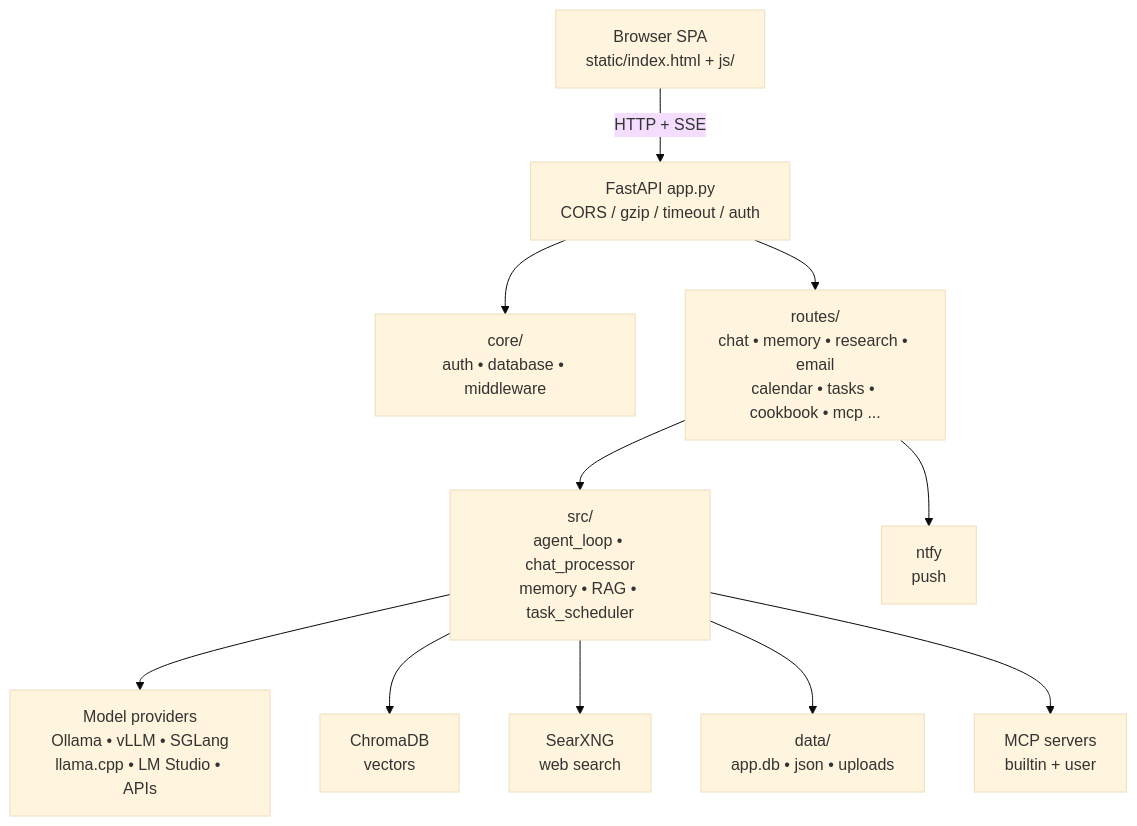
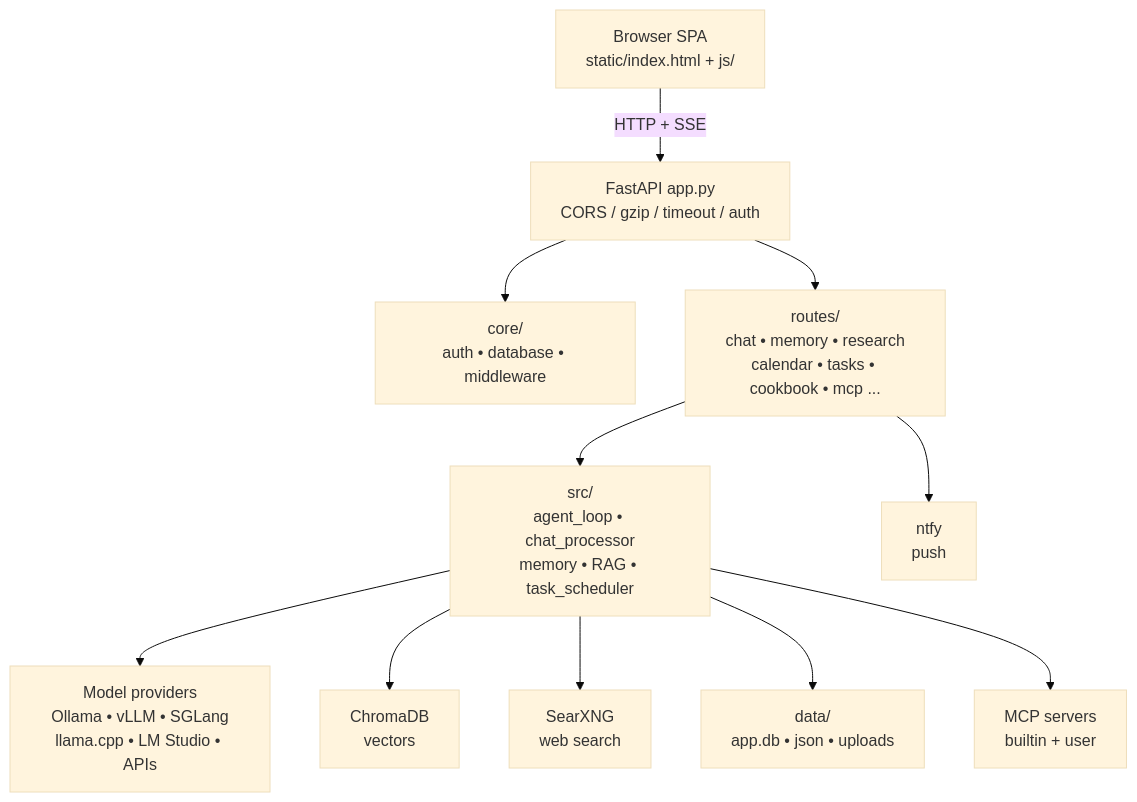
One commit to yash-dev007/Zephyrus changed the first of 3 diagrams in README.md. Above: the diagram before and after it, drawn with Mermaid (base theme). The commit also changed other lines of this file and 194 other files, not shown here.

````diff
--- a/README.md
+++ b/README.md
@@ -129,13 +128,13 @@
 ```mermaid
 flowchart TB
   Browser["Browser SPA<br/>static/index.html + js/"] -->|HTTP + SSE| App["FastAPI app.py<br/>CORS / gzip / timeout / auth"]
   App --> Core["core/<br/>auth • database • middleware"]
-  App --> Routes["routes/<br/>chat • memory • research • email<br/>calendar • tasks • cookbook • mcp ..."]
+  App --> Routes["routes/<br/>chat • memory • research<br/>calendar • tasks • cookbook • mcp ..."]
   Routes --> SvcLogic["src/<br/>agent_loop • chat_processor<br/>memory • RAG • task_scheduler"]
   SvcLogic --> Providers["Model providers<br/>Ollama • vLLM • SGLang<br/>llama.cpp • LM Studio • APIs"]
   SvcLogic --> Chroma["ChromaDB<br/>vectors"]
   SvcLogic --> Search["SearXNG<br/>web search"]
   SvcLogic --> Data["data/<br/>app.db • json • uploads"]
   Routes --> Ntfy["ntfy<br/>push"]
   SvcLogic --> MCP["MCP servers<br/>builtin + user"]
 ```
````
